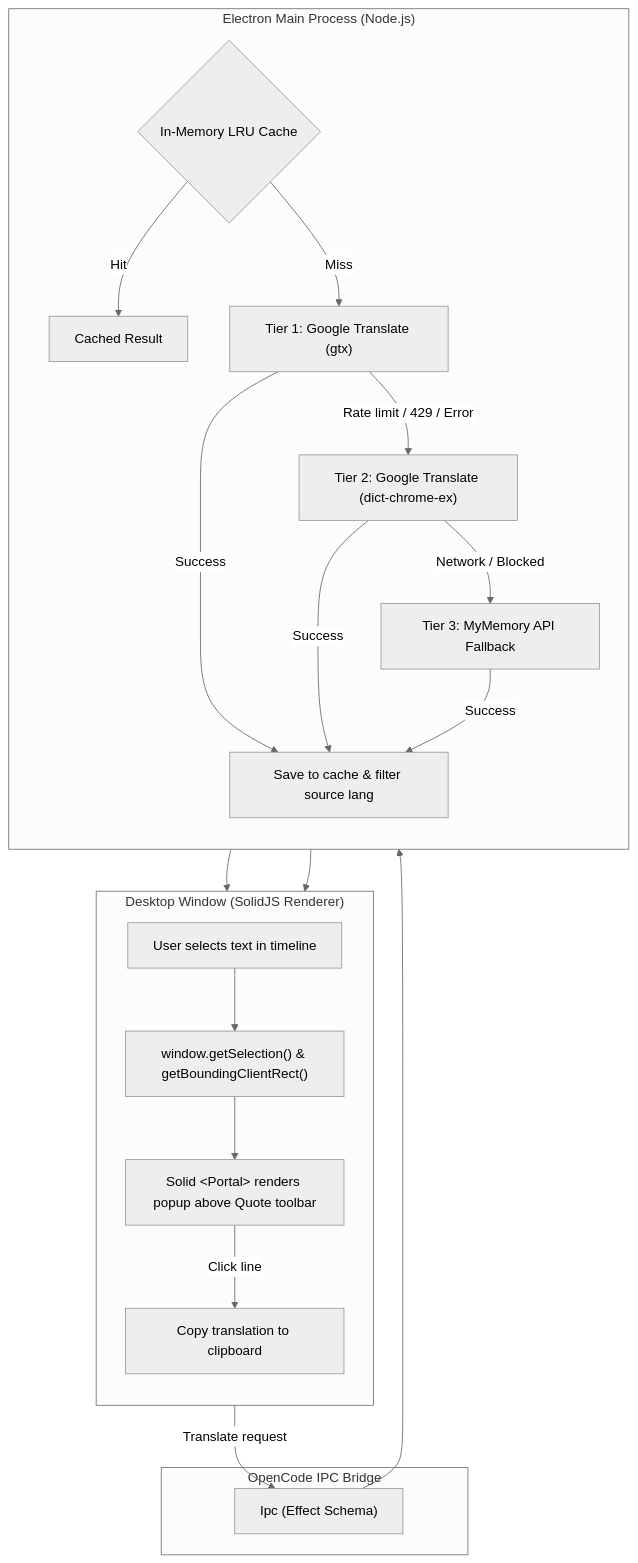
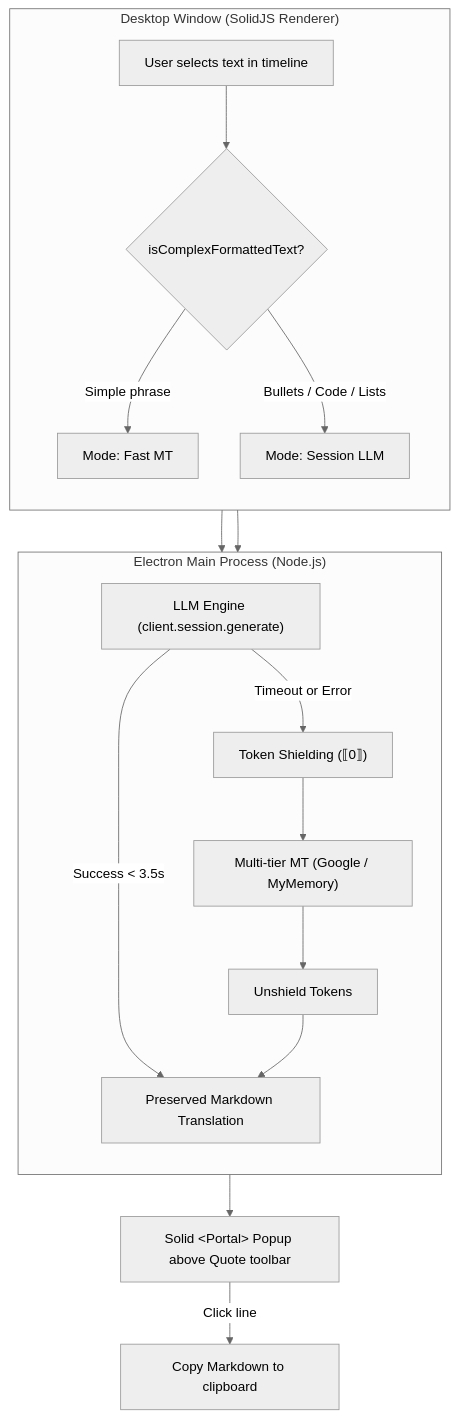
The diagram in README.md (Realmagnum/opencode-translate-selection), drawn with Mermaid (neutral theme) before and after one commit. The commit also changed other lines of this file and 4 other files, not shown here.

````diff
--- a/README.md
+++ b/README.md
@@ -92,28 +120,23 @@
 ```mermaid
 flowchart TD
     subgraph UI ["Desktop Window (SolidJS Renderer)"]
         direction TB
-        SEL["User selects text in timeline"] --> GET["window.getSelection() & getBoundingClientRect()"]
-        GET --> POPUP["Solid &lt;Portal&gt; renders popup above Quote toolbar"]
-        POPUP -->|Click line| CLIP["Copy translation to clipboard"]
-    end
-
-    subgraph IPC ["OpenCode IPC Bridge"]
-        GET -->|Translate request| BRIDGE["Ipc (Effect Schema)"]
+        SEL["User selects text in timeline"] --> DET{"isComplexFormattedText?"}
+        DET -->|Simple phrase| FAST["Mode: Fast MT"]
+        DET -->|Bullets / Code / Lists| HYBRID["Mode: Session LLM"]
     end
 
     subgraph MAIN ["Electron Main Process (Node.js)"]
         direction TB
-        BRIDGE --> CACHE{"In-Memory LRU Cache"}
-        CACHE -->|Hit| RES["Cached Result"]
-        CACHE -->|Miss| T1["Tier 1: Google Translate (gtx)"]
-        T1 -->|Success| RET["Save to cache & filter source lang"]
-        T1 -->|Rate limit / 429 / Error| T2["Tier 2: Google Translate (dict-chrome-ex)"]
-        T2 -->|Success| RET
-        T2 -->|Network / Blocked| T3["Tier 3: MyMemory API Fallback"]
-        T3 -->|Success| RET
+        HYBRID --> LLM["LLM Engine (client.session.generate)"]
+        LLM -->|Success &lt; 3.5s| RES["Preserved Markdown Translation"]
+        LLM -->|Timeout or Error| FALLBACK["Token Shielding (⟦0⟧)"]
+        FAST --> FALLBACK
+        FALLBACK --> MT["Multi-tier MT (Google / MyMemory)"]
+        MT --> UN["Unshield Tokens"]
+        UN --> RES
     end
 
-    RET --> POPUP
-    RES --> POPUP
+    RES --> POPUP["Solid &lt;Portal&gt; Popup above Quote toolbar"]
+    POPUP -->|Click line| CLIP["Copy Markdown to clipboard"]
 ```
````
